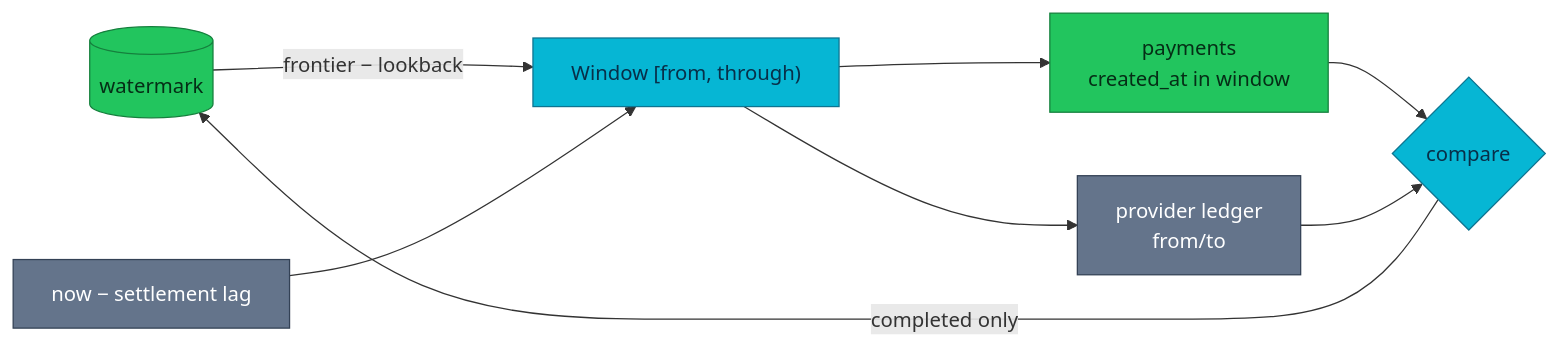
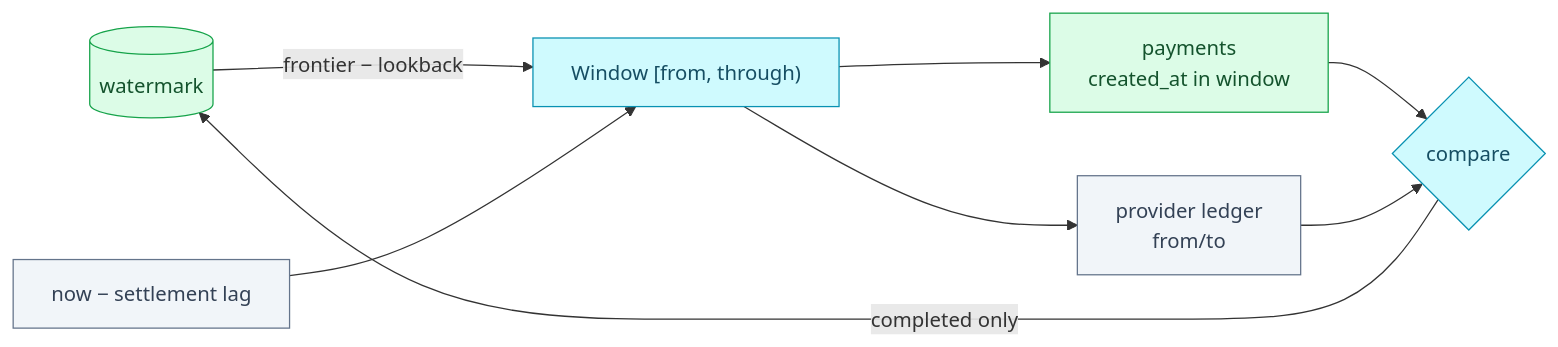
The diagram in docs/proposals/adr/ADR-035-windowed-reconciliation/README.md (duynhlab/homelab), drawn with Mermaid before and after one commit. The commit also changed 174 other files, not shown here.

First line of the commit message:
Soft-tint diagram palette, a signal-flow diagram, a Linux-ready Draw.io skill

````diff
--- a/docs/proposals/adr/ADR-035-windowed-reconciliation/README.md
+++ b/docs/proposals/adr/ADR-035-windowed-reconciliation/README.md
@@ -98,18 +98,18 @@
 ```mermaid
 flowchart LR
     Mark[("watermark")] -->|"frontier − lookback"| Win["Window [from, through)"]
     Now["now − settlement lag"] --> Win
     Win --> Internal["payments<br/>created_at in window"]
     Win --> Ledger["provider ledger<br/>from/to"]
     Internal --> Cmp{"compare"}
     Ledger --> Cmp
     Cmp -->|"completed only"| Mark
 
-    classDef service fill:#06b6d4,color:#082f49,stroke:#0e7490;
-    classDef data fill:#22c55e,color:#052e16,stroke:#15803d;
-    classDef external fill:#64748b,color:#fff,stroke:#334155;
+    classDef service fill:#cffafe,color:#164e63,stroke:#0891b2;
+    classDef data fill:#dcfce7,color:#14532d,stroke:#16a34a;
+    classDef external fill:#f1f5f9,color:#334155,stroke:#64748b;
 
     class Win,Cmp service;
     class Mark,Internal data;
     class Ledger,Now external;
 ```
````
